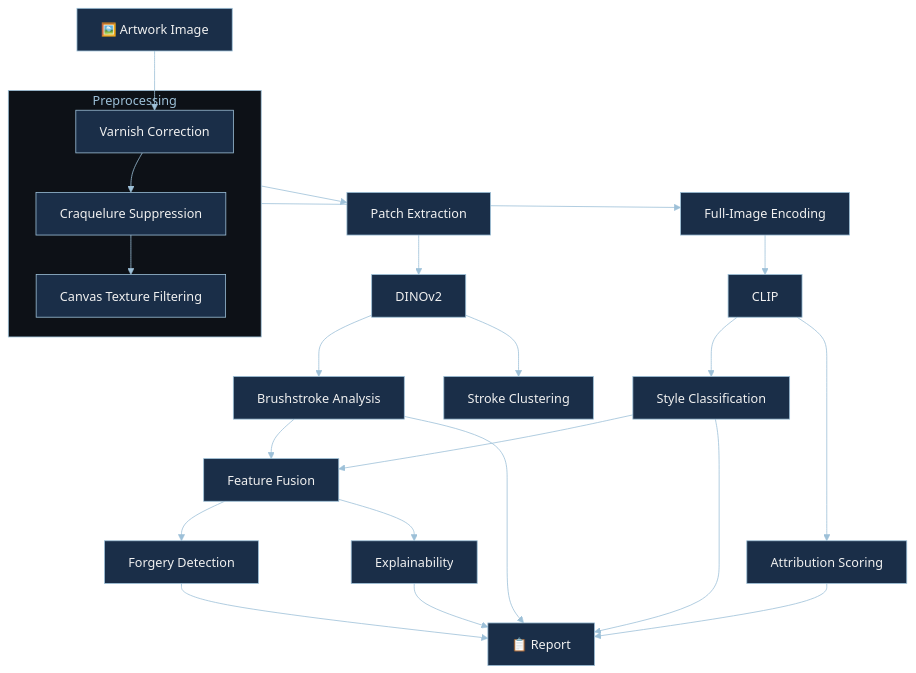
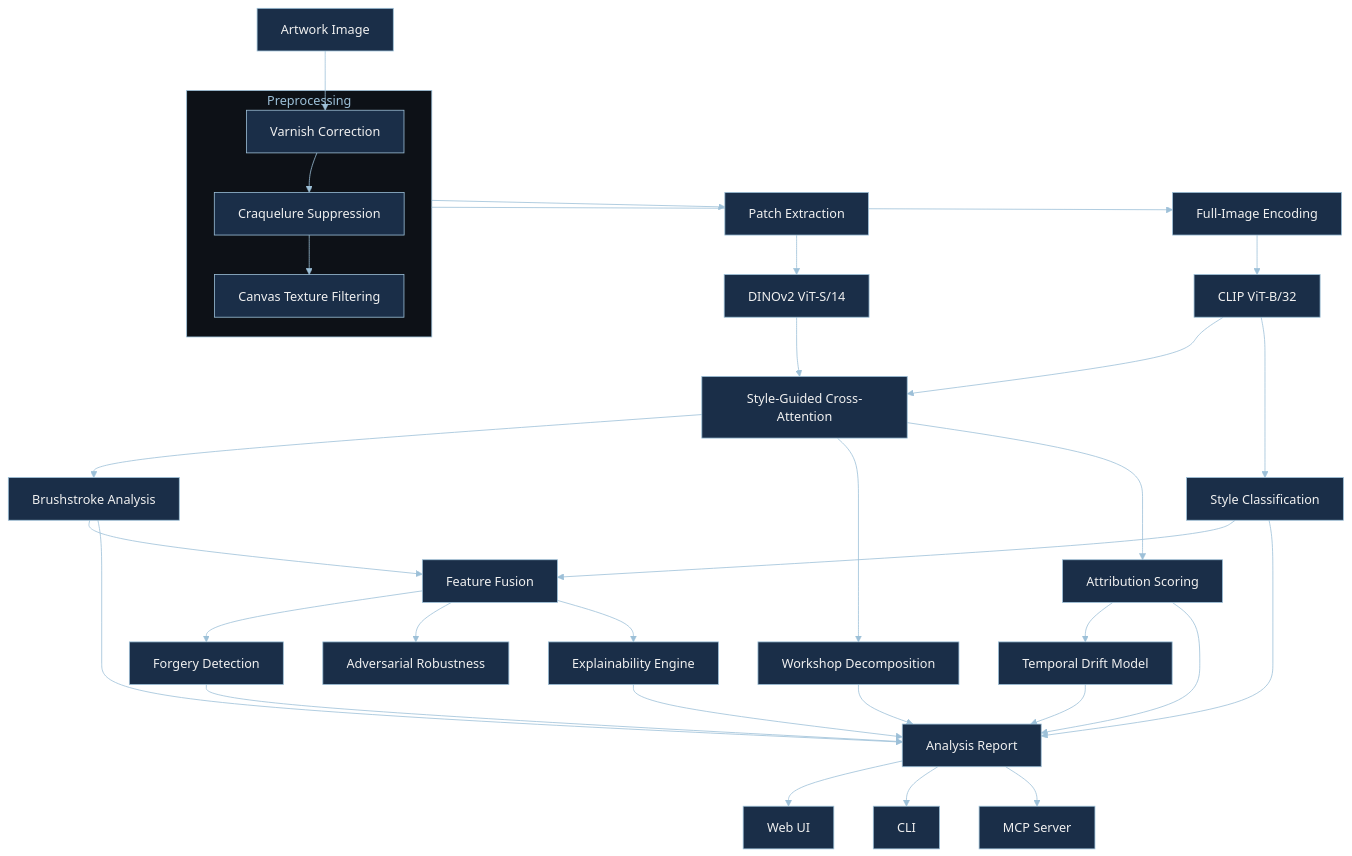
One commit to ladyFaye1998/ArtSleuth changed the diagram in README.md. Above: the diagram before and after it, drawn with Mermaid. The commit also changed other lines of this file and 23 other files, not shown here.

First line of the commit message:
v0.2.0 — SOTA upgrade: cross-attention fusion, temporal drift, workshop decomposition, adversarial robustness, benchmarks, web UI

````diff
--- a/README.md
+++ b/README.md
@@ -91,33 +117,44 @@
 ```mermaid
 %%{init: {'theme': 'base', 'themeVariables': {'primaryColor': '#1A2E48', 'primaryTextColor': '#F0F0F0', 'primaryBorderColor': '#9DC0D8', 'lineColor': '#9DC0D8', 'secondaryColor': '#1A2E48', 'tertiaryColor': '#1A2E48', 'edgeLabelBackground': '#0D1117', 'clusterBkg': '#0D1117', 'clusterBorder': '#9DC0D8', 'titleColor': '#9DC0D8'}}}%%
 
 graph TD
-    Input["🖼️ Artwork Image"] --> Preprocess
+    Input["Artwork Image"] --> Preprocess
 
     subgraph prep ["Preprocessing"]
         Preprocess["Varnish Correction"] --> Crack["Craquelure Suppression"]
         Crack --> Canvas["Canvas Texture Filtering"]
     end
 
     prep --> Patches["Patch Extraction"]
     prep --> FullImage["Full-Image Encoding"]
 
-    Patches --> DINO["DINOv2"]
-    FullImage --> CLIP["CLIP"]
+    Patches --> DINO["DINOv2 ViT-S/14"]
+    FullImage --> CLIPEnc["CLIP ViT-B/32"]
 
-    DINO --> Brushstroke["Brushstroke Analysis"]
-    DINO --> BrushCluster["Stroke Clustering"]
-    CLIP --> Style["Style Classification"]
-    CLIP --> Attribution["Attribution Scoring"]
+    DINO --> CrossAttn["Style-Guided Cross-Attention"]
+    CLIPEnc --> CrossAttn
+
+    CrossAttn --> Brushstroke["Brushstroke Analysis"]
+    CrossAttn --> WorkshopNode["Workshop Decomposition"]
+    CLIPEnc --> Style["Style Classification"]
+    CrossAttn --> Attribution["Attribution Scoring"]
+    Attribution --> Temporal["Temporal Drift Model"]
 
     Brushstroke --> Fusion["Feature Fusion"]
     Style --> Fusion
     Fusion --> Forgery["Forgery Detection"]
-    Fusion --> Explain["Explainability"]
+    Fusion --> Adversarial["Adversarial Robustness"]
+    Fusion --> Explain["Explainability Engine"]
 
-    Forgery --> Report["📋 Report"]
+    Forgery --> Report["Analysis Report"]
     Attribution --> Report
+    Temporal --> Report
     Style --> Report
     Brushstroke --> Report
+    WorkshopNode --> Report
     Explain --> Report
+
+    Report --> WebUI["Web UI"]
+    Report --> CLI["CLI"]
+    Report --> MCP["MCP Server"]
 ```
````
